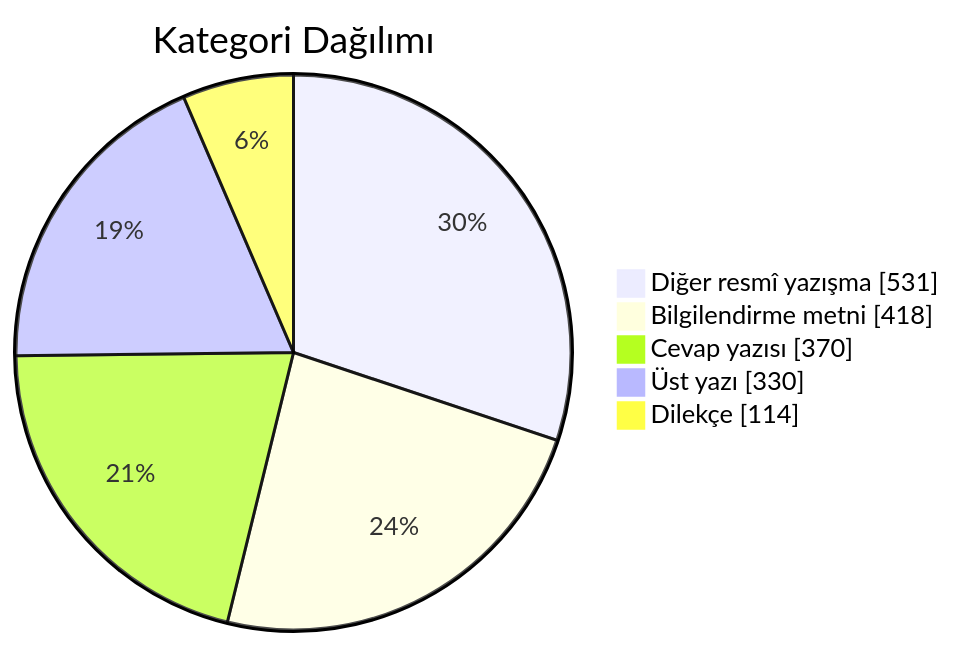
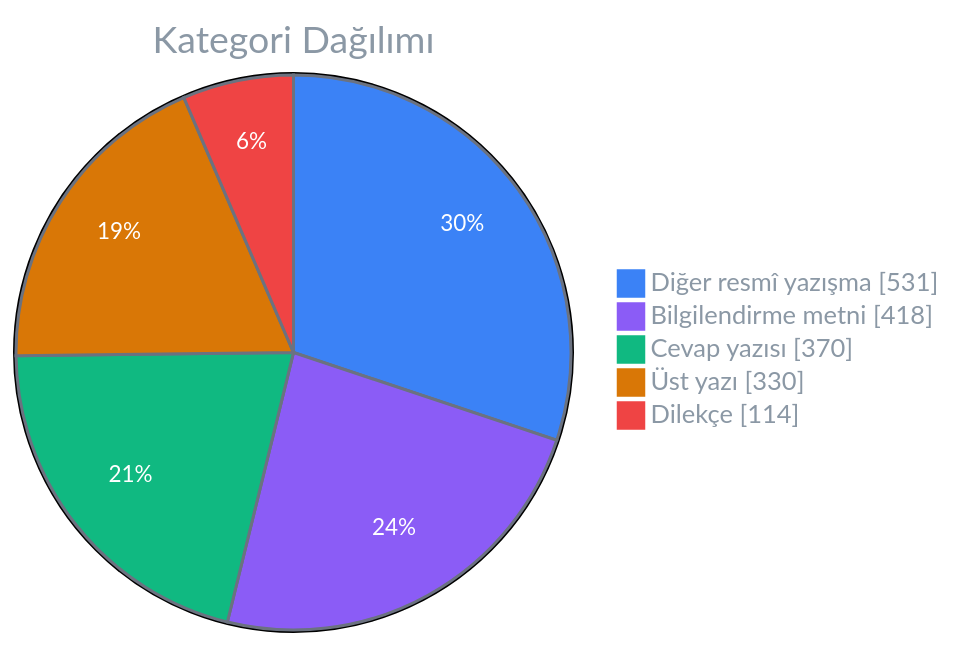
The ninth of 10 diagrams in README.md (chyp3r/KACHOW-Teknofest-2026), drawn with Mermaid before and after one commit. The commit also changed other lines of this file, not shown here.

First line of the commit message:
docs(readme): interaktif içindekiler + iki temada okunur pie chart (#316)

````diff
--- a/README.md
+++ b/README.md
@@ -860,9 +932,10 @@
 ```mermaid
+%%{init: {"theme": "base", "themeVariables": {"pie1": "#3B82F6", "pie2": "#8B5CF6", "pie3": "#10B981", "pie4": "#D97706", "pie5": "#EF4444", "pieOuterStrokeWidth": "2px", "pieStrokeColor": "#6B7280", "pieOpacity": 1, "pieSectionTextColor": "#FFFFFF", "pieSectionTextSize": "15px", "pieTitleTextColor": "#8B98A5", "pieLegendTextColor": "#8B98A5"}}}%%
 pie showData
     title Kategori Dağılımı
     "Diğer resmî yazışma" : 531
     "Bilgilendirme metni" : 418
     "Cevap yazısı" : 370
     "Üst yazı" : 330
     "Dilekçe" : 114
 ```
````
